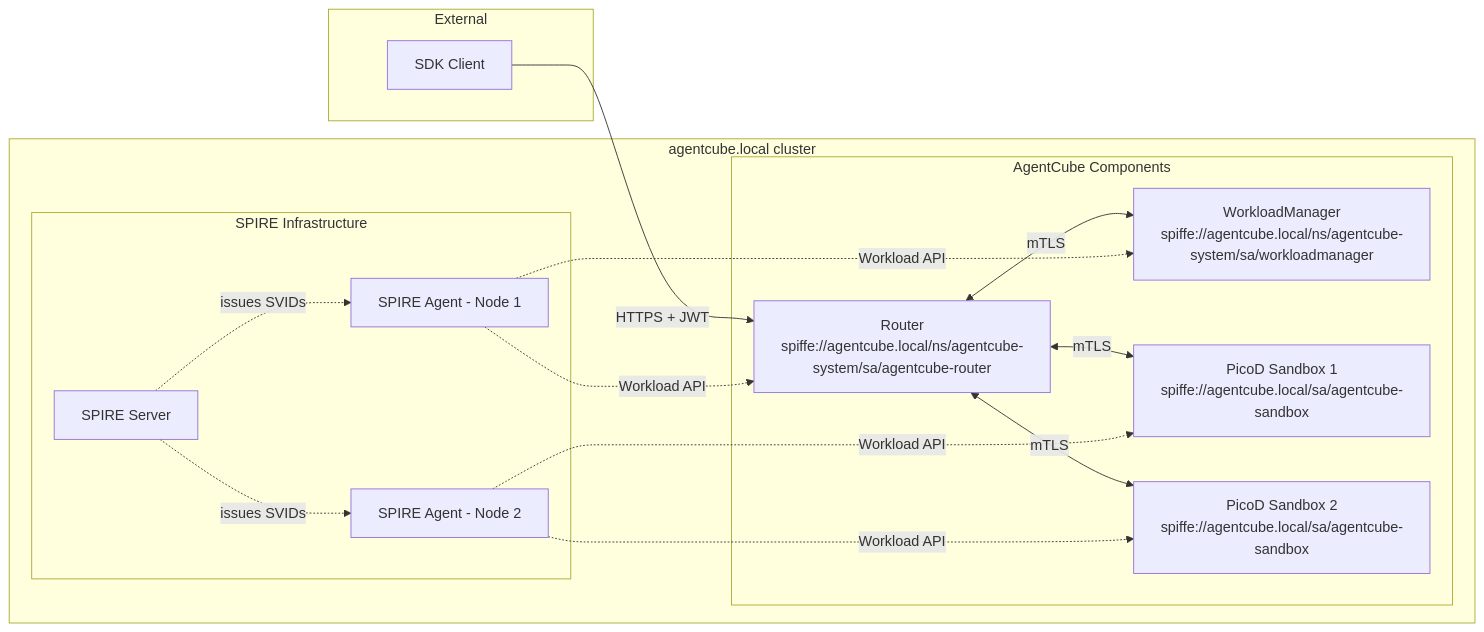
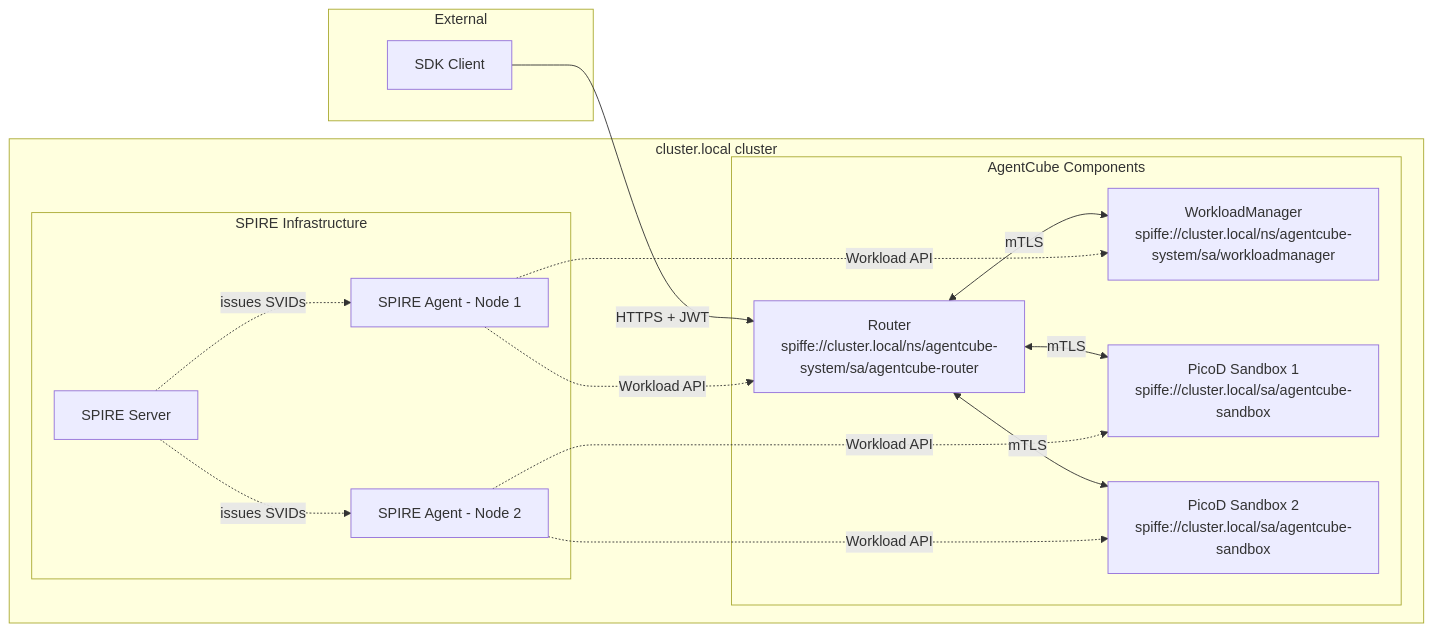
Before and after one commit to volcano-sh/agentcube: the first of 3 diagrams in docs/design/auth-proposal.md, drawn with Mermaid. The commit also changed other lines of this file, not shown here.

Commit message:
docs: refine proposal with RLAC, mTLS verification, and cert-manager support

````diff
--- a/docs/design/auth-proposal.md
+++ b/docs/design/auth-proposal.md
@@ -400,33 +490,33 @@
 ```mermaid
 graph LR
     subgraph External
         SDK[SDK Client]
     end
 
-    subgraph "agentcube.local cluster"
+    subgraph "cluster.local cluster"
         subgraph "SPIRE Infrastructure"
             SS[SPIRE Server]
             SA1[SPIRE Agent - Node 1]
             SA2[SPIRE Agent - Node 2]
         end
 
         subgraph "AgentCube Components"
-            R["Router<br/>spiffe://agentcube.local/ns/agentcube-system/sa/agentcube-router"]
-            WM["WorkloadManager<br/>spiffe://agentcube.local/ns/agentcube-system/sa/workloadmanager"]
-            P1["PicoD Sandbox 1<br/>spiffe://agentcube.local/sa/agentcube-sandbox"]
-            P2["PicoD Sandbox 2<br/>spiffe://agentcube.local/sa/agentcube-sandbox"]
+            R["Router<br/>spiffe://cluster.local/ns/agentcube-system/sa/agentcube-router"]
+            WM["WorkloadManager<br/>spiffe://cluster.local/ns/agentcube-system/sa/workloadmanager"]
+            P1["PicoD Sandbox 1<br/>spiffe://cluster.local/sa/agentcube-sandbox"]
+            P2["PicoD Sandbox 2<br/>spiffe://cluster.local/sa/agentcube-sandbox"]
         end
     end
 
     SS -.->|issues SVIDs| SA1
     SS -.->|issues SVIDs| SA2
     SA1 -.->|Workload API| R
     SA1 -.->|Workload API| WM
     SA2 -.->|Workload API| P1
     SA2 -.->|Workload API| P2
 
     SDK -->|"HTTPS + JWT"| R
     R <-->|mTLS| WM
     R <-->|mTLS| P1
     R <-->|mTLS| P2
 ```
````
